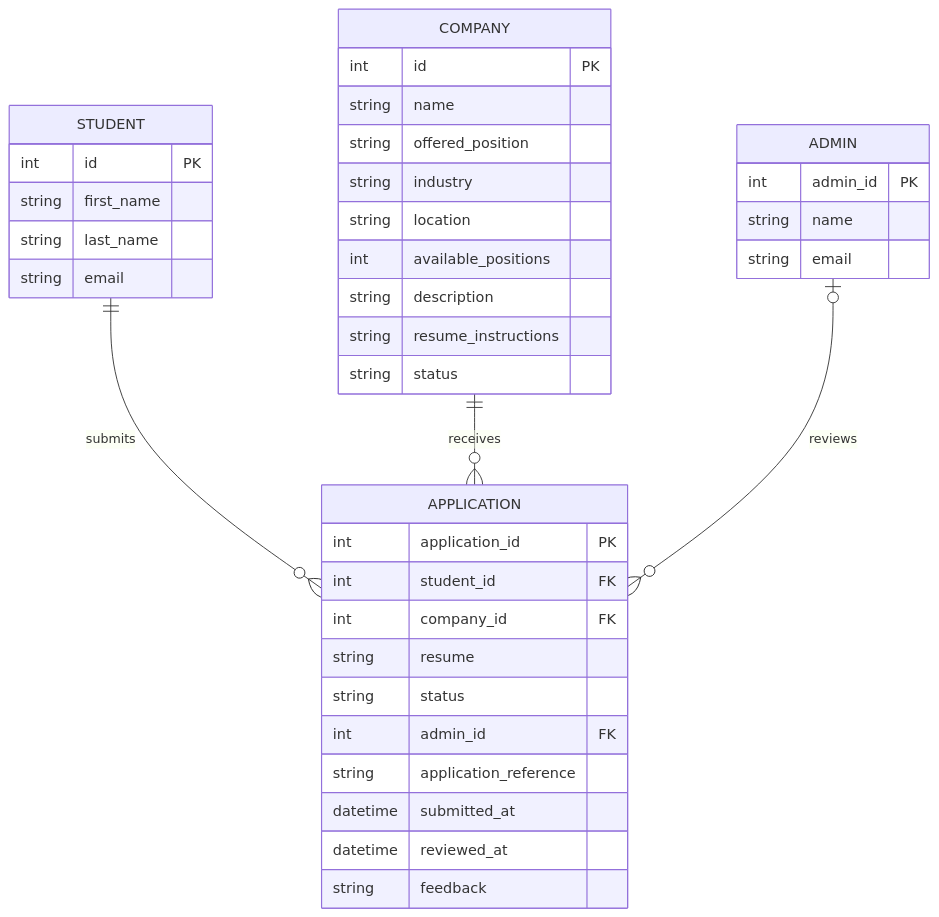
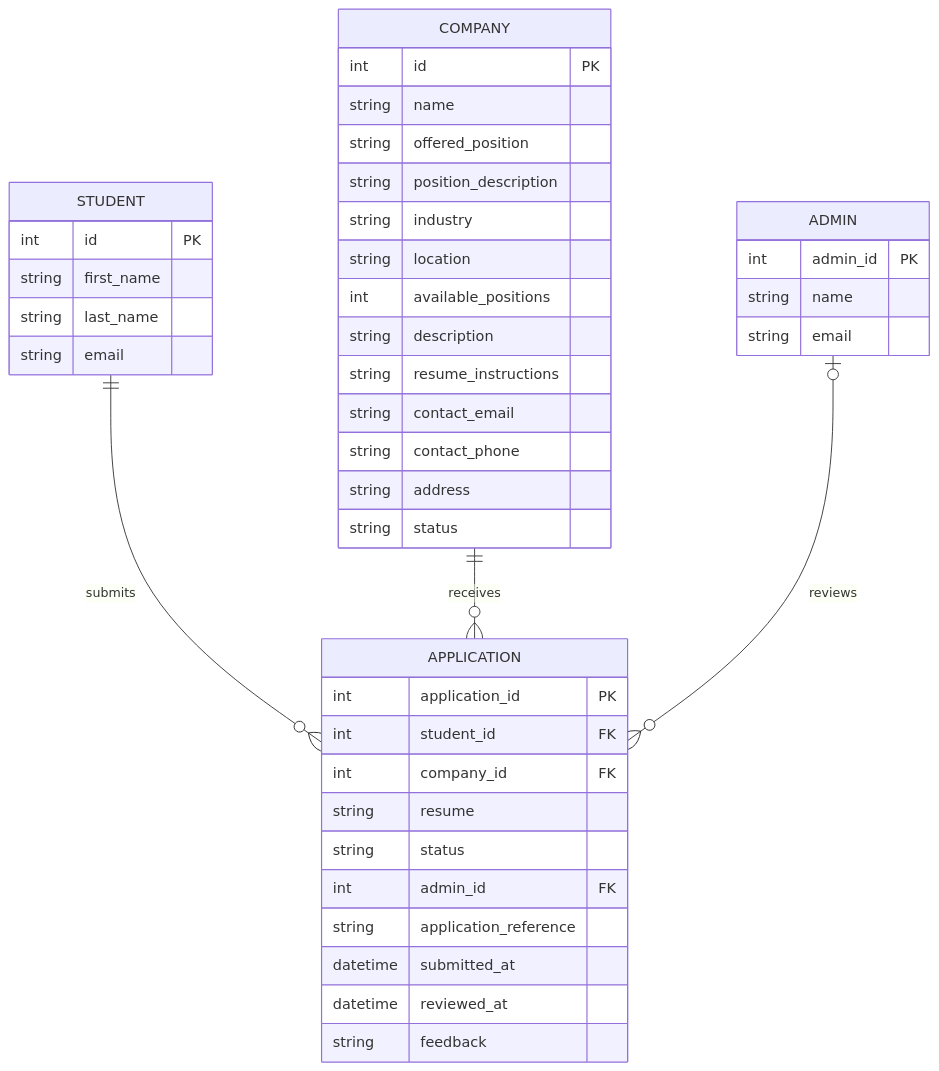
Before and after one commit to Locktus/myIntern_Comp3613a1: the second of 2 diagrams in docs/report.md, drawn with Mermaid. The commit also changed other lines of this file and 13 other files, not shown here.

````diff
--- a/docs/report.md
+++ b/docs/report.md
@@ -111,44 +111,48 @@
 ```mermaid
 erDiagram
   STUDENT ||--o{ APPLICATION : submits
   COMPANY ||--o{ APPLICATION : receives
   ADMIN o|--o{ APPLICATION : reviews
 
   STUDENT {
     int id PK
     string first_name
     string last_name
     string email
   }
 
   COMPANY {
     int id PK
     string name
     string offered_position
+    string position_description
     string industry
     string location
     int available_positions
     string description
     string resume_instructions
+    string contact_email
+    string contact_phone
+    string address
     string status
   }
 
   APPLICATION {
     int application_id PK
     int student_id FK
     int company_id FK
     string resume
     string status
     int admin_id FK
     string application_reference
     datetime submitted_at
     datetime reviewed_at
     string feedback
   }
 
   ADMIN {
     int admin_id PK
     string name
     string email
   }
 ```
````
